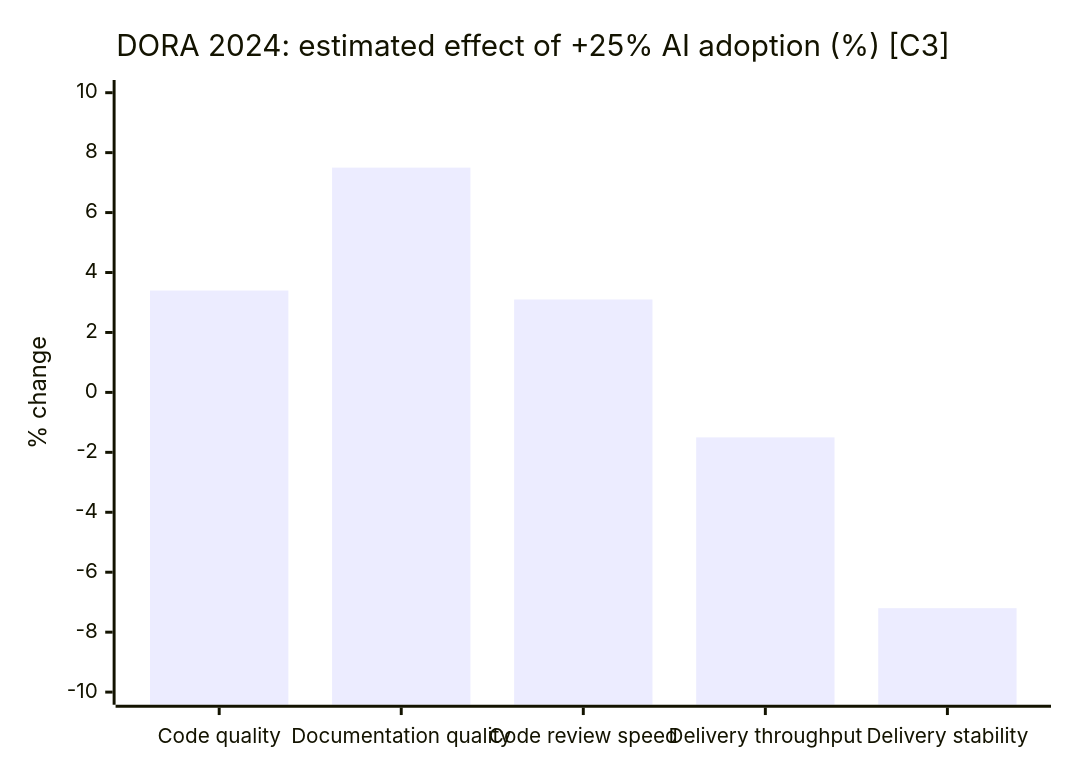
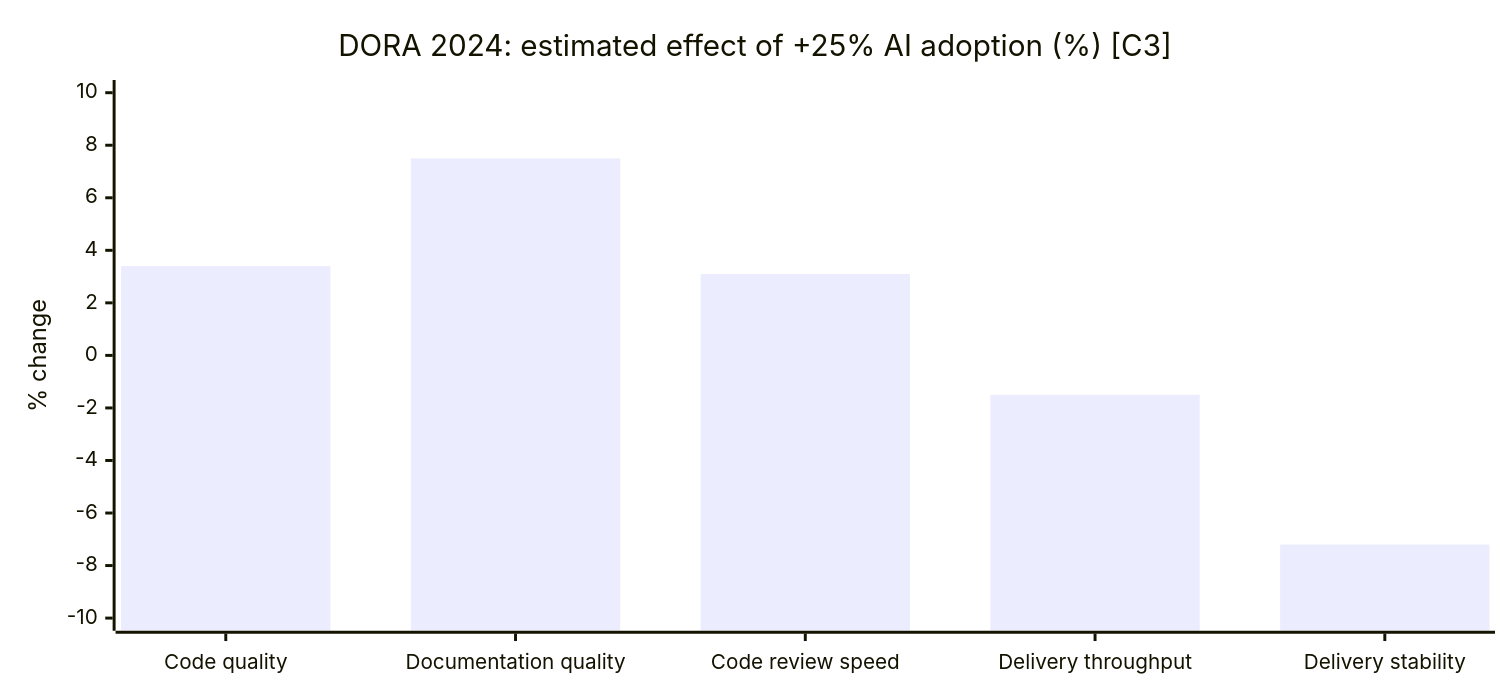
Before and after one commit to t-kuraga/ai-discussions: the sixth of 21 diagrams in AI_Coding__The_Case_for_Guided_Autonomy/AI_Coding__The_Case_for_Guided_Autonomy.md, drawn with Mermaid. The commit also changed other lines of this file and 1 other file, not shown here.

````diff
--- a/AI_Coding__The_Case_for_Guided_Autonomy/AI_Coding__The_Case_for_Guided_Autonomy.md
+++ b/AI_Coding__The_Case_for_Guided_Autonomy/AI_Coding__The_Case_for_Guided_Autonomy.md
@@ -145,7 +151,8 @@
 ```mermaid
+%%{init: {"xyChart": {"width": 1000, "height": 450}}}%%
 xychart-beta
     title "DORA 2024: estimated effect of +25% AI adoption (%) [C3]"
     x-axis ["Code quality", "Documentation quality", "Code review speed", "Delivery throughput", "Delivery stability"]
     y-axis "% change" -10 --> 10
     bar [3.4, 7.5, 3.1, -1.5, -7.2]
 ```
````
